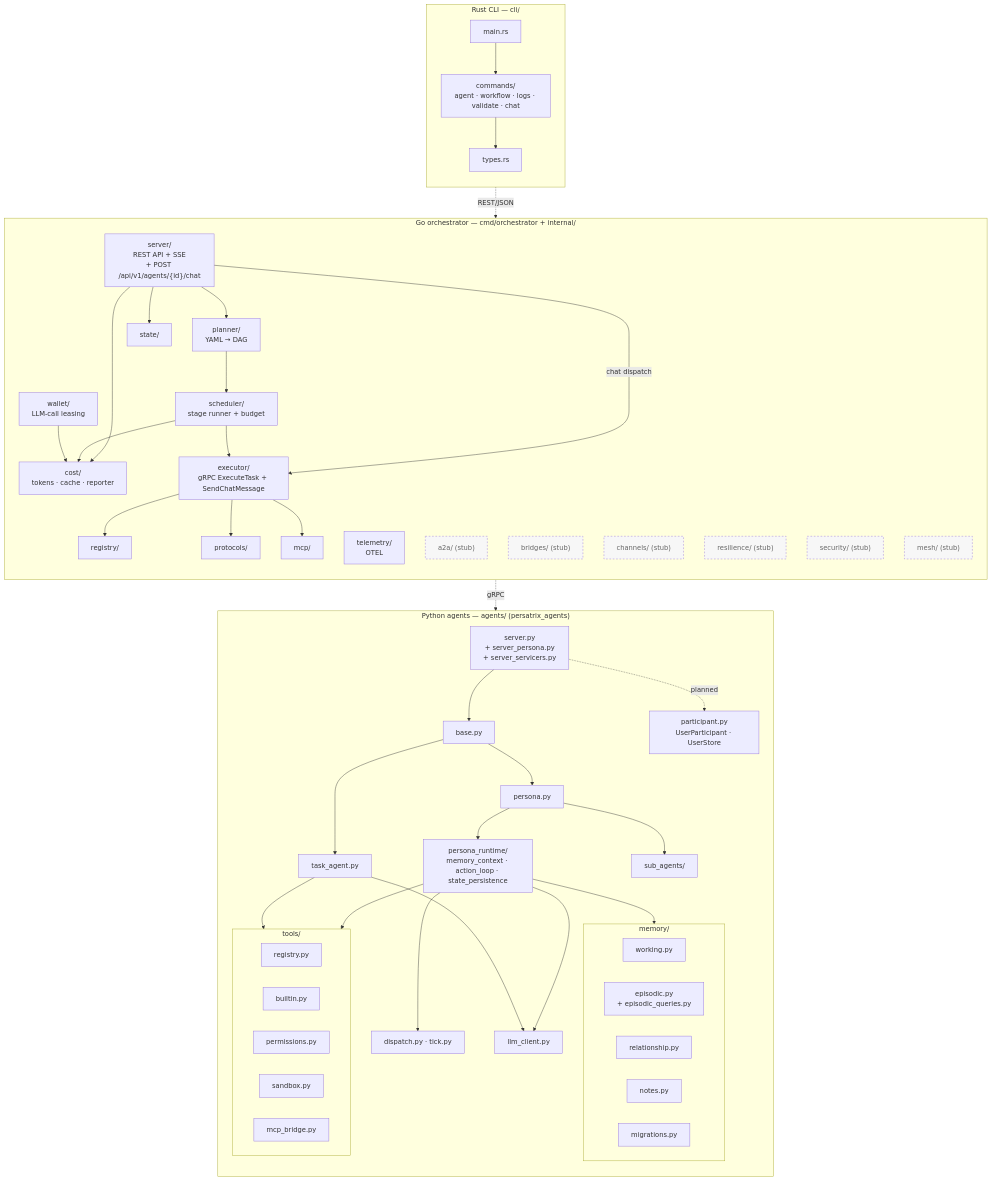
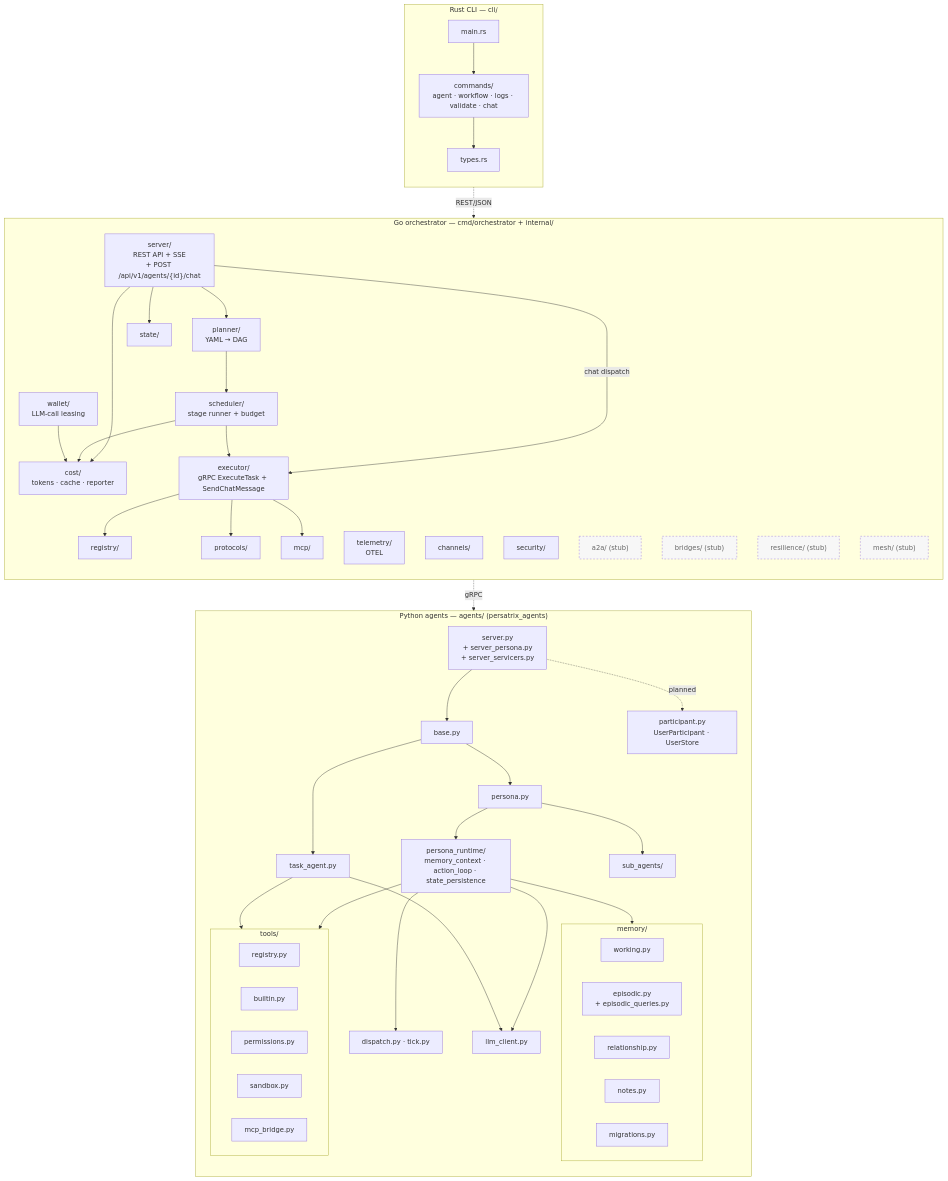
Before and after one commit to mkhomutov/Persatrix: the diagram in docs/diagrams/component-architecture.md, drawn with Mermaid. The commit also changed other lines of this file, not shown here.

Commit message:
docs(diagrams): mark channels/ and security/ as shipped, not stubs (#711)
internal/channels/ (51 non-test .go, RFC 0011 v0.3.0) and
internal/security/ (15 non-test .go, RFC 0009 Phases 1-2 v0.3.0)
have shipped since ~v0.3.0 but were still drawn as dashed (stub)
boxes in component-architecture.md, making the diagram misleading.

- Move CHAN/SEC into the solid-box block (drop ' (stub)' suffix
  and :::stub class); dashed group now holds only the genuine
  skeletons a2a/, bridges/, resilience/, mesh/ (1 file each).
- Add a v0.3.0 shipped row to the phase-ownership table and drop
  channels/security from the 'v0.3+ (stubs)' row.

doc_audit.py green; Mermaid block balanced (5 subgraph/5 end).

```diff
--- a/docs/diagrams/component-architecture.md
+++ b/docs/diagrams/component-architecture.md
@@ -28,12 +28,12 @@
         TELE["telemetry/<br/>OTEL"]
         MCPG["mcp/"]
         PROTOS["protocols/"]
+        CHAN["channels/"]
+        SEC["security/"]
 
         A2A["a2a/ (stub)"]:::stub
         BRIDGES["bridges/ (stub)"]:::stub
-        CHAN["channels/ (stub)"]:::stub
         RES["resilience/ (stub)"]:::stub
-        SEC["security/ (stub)"]:::stub
         MESH["mesh/ (stub)"]:::stub
 
         SERVER --> PLANNER
```
